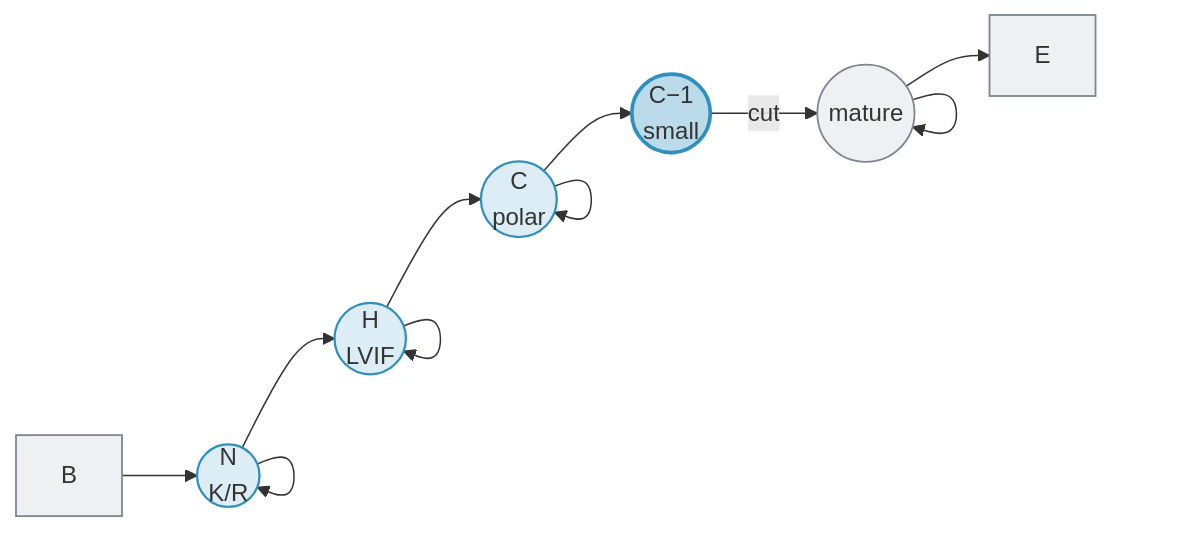
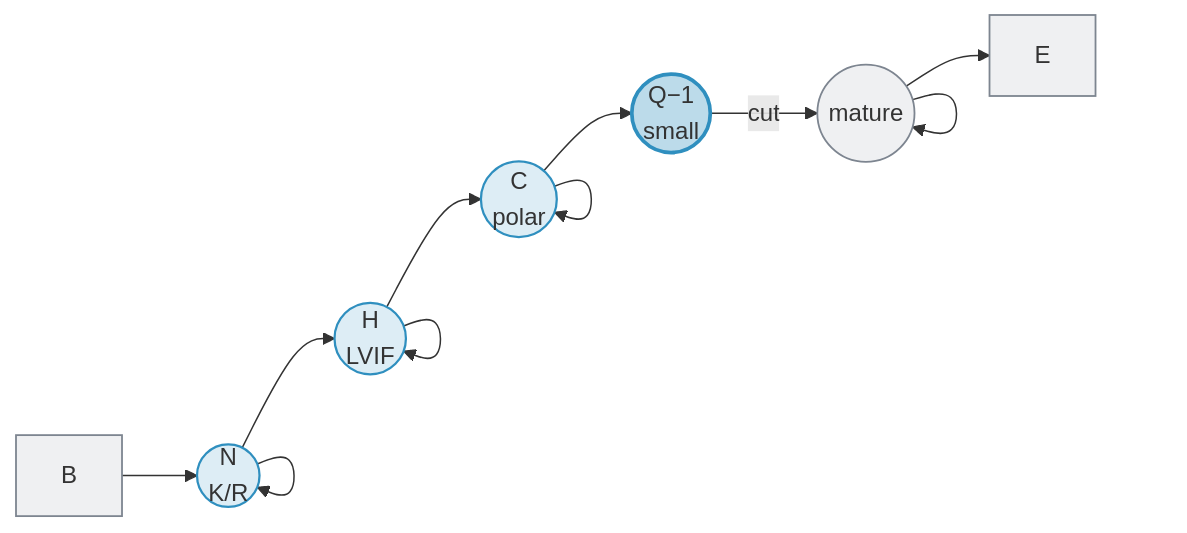
Before and after one commit to Lucas04-nhr/lucas04-nhr.github.io: the first of 3 diagrams in docs/guide/3. KU Master's Courses/2. Biological Sequencing Analysis/9. hmm-applications.md, drawn with Mermaid. The commit also changed other lines of this file and 12 other files, not shown here.

````diff
--- a/docs/guide/3. KU Master's Courses/2. Biological Sequencing Analysis/9. hmm-applications.md
+++ b/docs/guide/3. KU Master's Courses/2. Biological Sequencing Analysis/9. hmm-applications.md
@@ -55,21 +54,21 @@
 ```mermaid
 flowchart LR
   B["B"] --> N(("N<br/>K/R"))
   N --> H(("H<br/>LVIF"))
   H --> C(("C<br/>polar"))
-  C --> Q(("C−1<br/>small"))
+  C --> Q(("Q−1<br/>small"))
   Q -- "cut" --> M(("mature"))
   M --> E["E"]
   N --> N
   H --> H
   C --> C
   M --> M
 
   class B,E soft;
   class N,H,C primary;
   class Q accent;
   class M soft;
   classDef accent fill:#2f8fbf52,stroke:#2f8fbf,stroke-width:2.5px;
   classDef primary fill:#2f8fbf29,stroke:#2f8fbf,stroke-width:1.5px;
   classDef soft fill:#7d85901f,stroke:#7d8590,stroke-width:1.2px;
 ```
````
